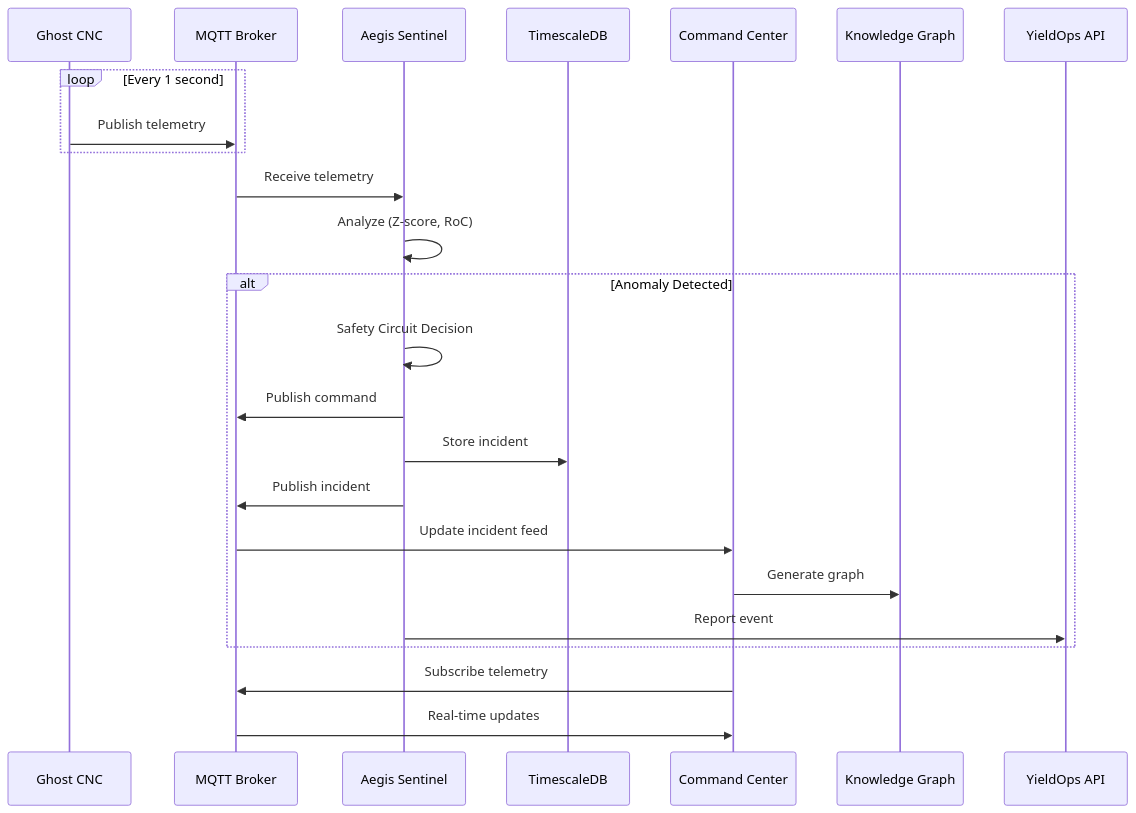
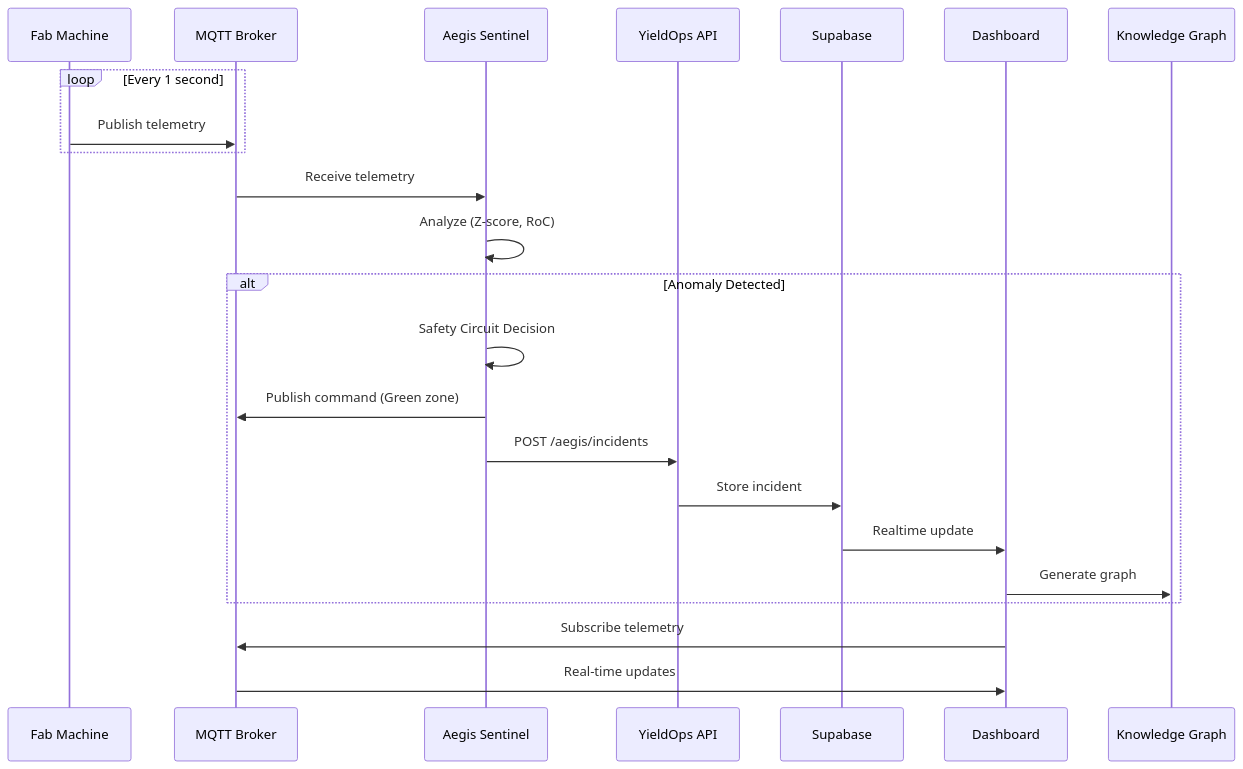
Before and after one commit to AngelP17/YieldOps: the second of 4 diagrams in aegis/ARCHITECTURE.md, drawn with Mermaid. The commit also changed other lines of this file and 11 other files, not shown here.

First line of the commit message:
docs: Update architecture docs and real data priority handling

````diff
--- a/aegis/ARCHITECTURE.md
+++ b/aegis/ARCHITECTURE.md
@@ -102,30 +161,29 @@
 ```mermaid
 sequenceDiagram
-    participant Machine as Ghost CNC
+    participant Machine as Fab Machine
     participant MQTT as MQTT Broker
     participant Agent as Aegis Sentinel
-    participant DB as TimescaleDB
-    participant Dashboard as Command Center
+    participant API as YieldOps API
+    participant DB as Supabase
+    participant Dashboard as Dashboard
     participant KG as Knowledge Graph
-    participant YieldOps as YieldOps API
 
     loop Every 1 second
         Machine->>MQTT: Publish telemetry
     end
 
     MQTT->>Agent: Receive telemetry
     Agent->>Agent: Analyze (Z-score, RoC)
     
     alt Anomaly Detected
         Agent->>Agent: Safety Circuit Decision
-        Agent->>MQTT: Publish command
-        Agent->>DB: Store incident
-        Agent->>MQTT: Publish incident
-        MQTT->>Dashboard: Update incident feed
+        Agent->>MQTT: Publish command (Green zone)
+        Agent->>API: POST /aegis/incidents
+        API->>DB: Store incident
+        DB->>Dashboard: Realtime update
         Dashboard->>KG: Generate graph
-        Agent->>YieldOps: Report event
     end
 
     Dashboard->>MQTT: Subscribe telemetry
     MQTT->>Dashboard: Real-time updates
 ```
````
